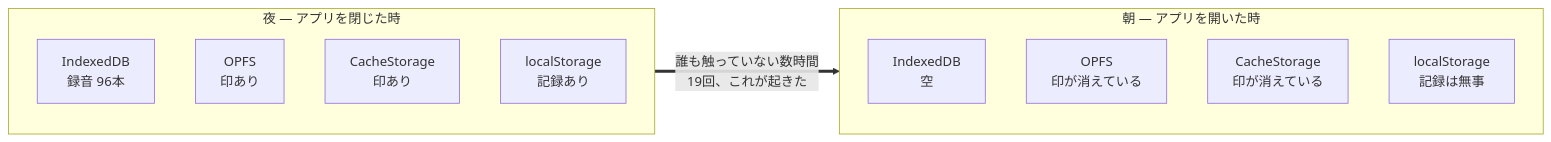
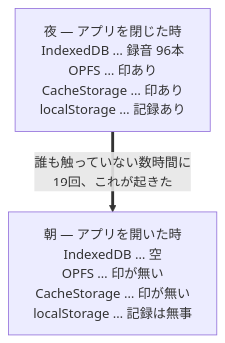
One commit to imudak/maruhuku-contents changed the first of 3 diagrams in articles/indexeddb-bucket-wiped-19-times.md. Above: the diagram before and after it, drawn with Mermaid. The commit also changed other lines of this file, not shown here.

First line of the commit message:
docs(記事): 図が横長すぎたので三枚とも縦に組み直す（卿FB 2026-09-18）

````diff
--- a/articles/indexeddb-bucket-wiped-19-times.md
+++ b/articles/indexeddb-bucket-wiped-19-times.md
@@ -22,16 +22,6 @@
 ```mermaid
-flowchart LR
-  subgraph night["夜 ― アプリを閉じた時"]
-    idb1["IndexedDB<br/>録音 96本"]
-    opfs1["OPFS<br/>印あり"]
-    cache1["CacheStorage<br/>印あり"]
-    ls1["localStorage<br/>記録あり"]
-  end
-  subgraph morning["朝 ― アプリを開いた時"]
-    idb2["IndexedDB<br/>空"]
-    opfs2["OPFS<br/>印が消えている"]
-    cache2["CacheStorage<br/>印が消えている"]
-    ls2["localStorage<br/>記録は無事"]
-  end
-  night ==>|"誰も触っていない数時間<br/>19回、これが起きた"| morning
+flowchart TB
+  night["夜 ― アプリを閉じた時<br/>IndexedDB … 録音 96本<br/>OPFS … 印あり<br/>CacheStorage … 印あり<br/>localStorage … 記録あり"]
+  morning["朝 ― アプリを開いた時<br/>IndexedDB … 空<br/>OPFS … 印が無い<br/>CacheStorage … 印が無い<br/>localStorage … 記録は無事"]
+  night ==>|"誰も触っていない数時間に<br/>19回、これが起きた"| morning
 ```
````
